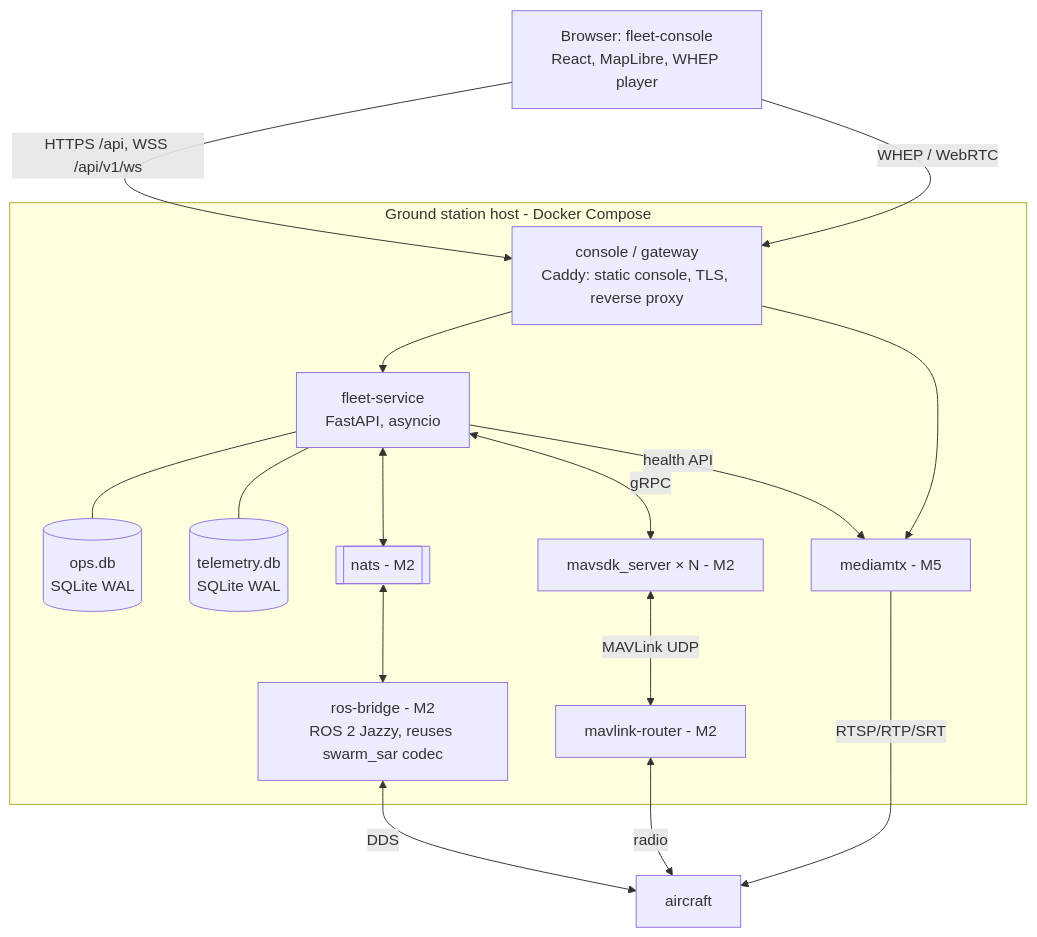
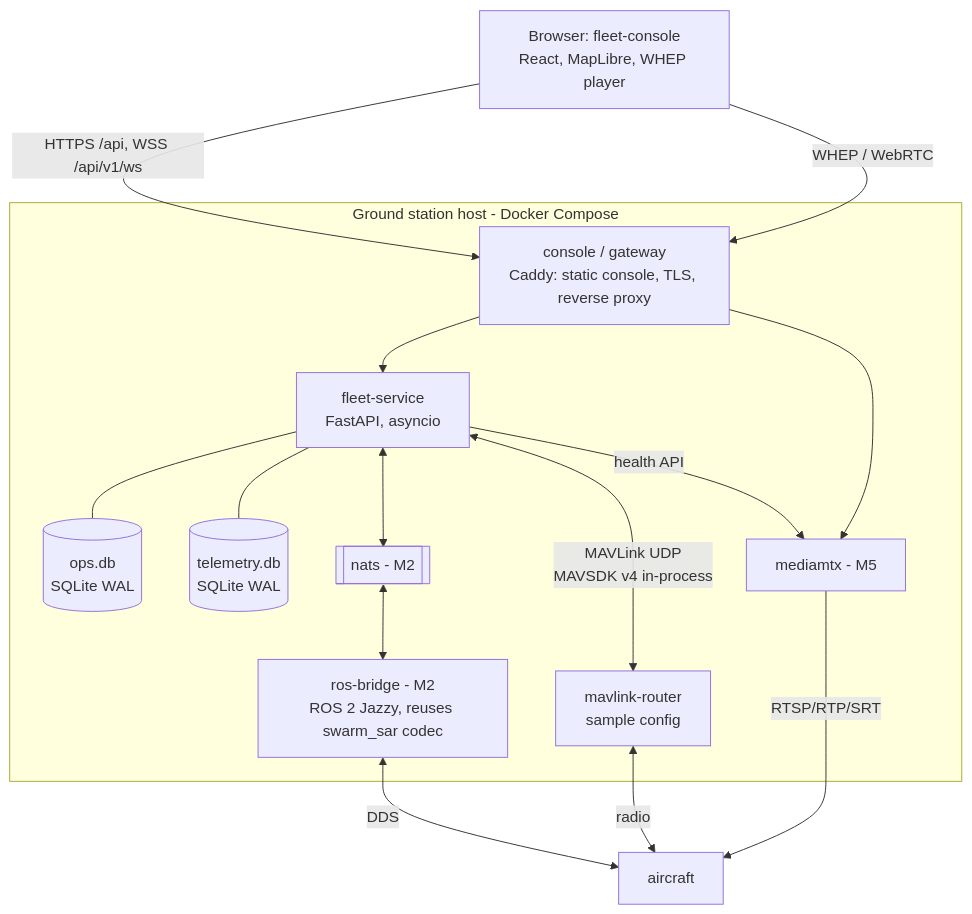
One commit to Nxssim666/SAR-SWARM changed the second of 4 diagrams in docs/architecture.md. Above: the diagram before and after it, drawn with Mermaid. The commit also changed other lines of this file and 41 other files, not shown here.

````diff
--- a/docs/architecture.md
+++ b/docs/architecture.md
@@ -50,24 +52,23 @@
 ```mermaid
 flowchart TB
   B[Browser: fleet-console<br/>React, MapLibre, WHEP player]
   subgraph Host[Ground station host - Docker Compose]
     C[console / gateway<br/>Caddy: static console, TLS, reverse proxy]
     F[fleet-service<br/>FastAPI, asyncio]
     DB[(ops.db<br/>SQLite WAL)]
     TS[(telemetry.db<br/>SQLite WAL)]
     N[[nats - M2]]
     M[mediamtx - M5]
     R[ros-bridge - M2<br/>ROS 2 Jazzy, reuses swarm_sar codec]
-    MR[mavlink-router - M2]
-    MS[mavsdk_server × N - M2]
+    MR[mavlink-router<br/>sample config]
   end
   B -- HTTPS /api, WSS /api/v1/ws --> C --> F
   B -- WHEP / WebRTC --> C --> M
   F --- DB & TS
   F <--> N <--> R
-  F <-- gRPC --> MS <-- MAVLink UDP --> MR
+  F <-- MAVLink UDP<br/>MAVSDK v4 in-process --> MR
   MR <-- radio --> AC[aircraft]
   R <-- DDS --> AC
   M <-- RTSP/RTP/SRT --- AC
   F -- health API --> M
 ```
````
